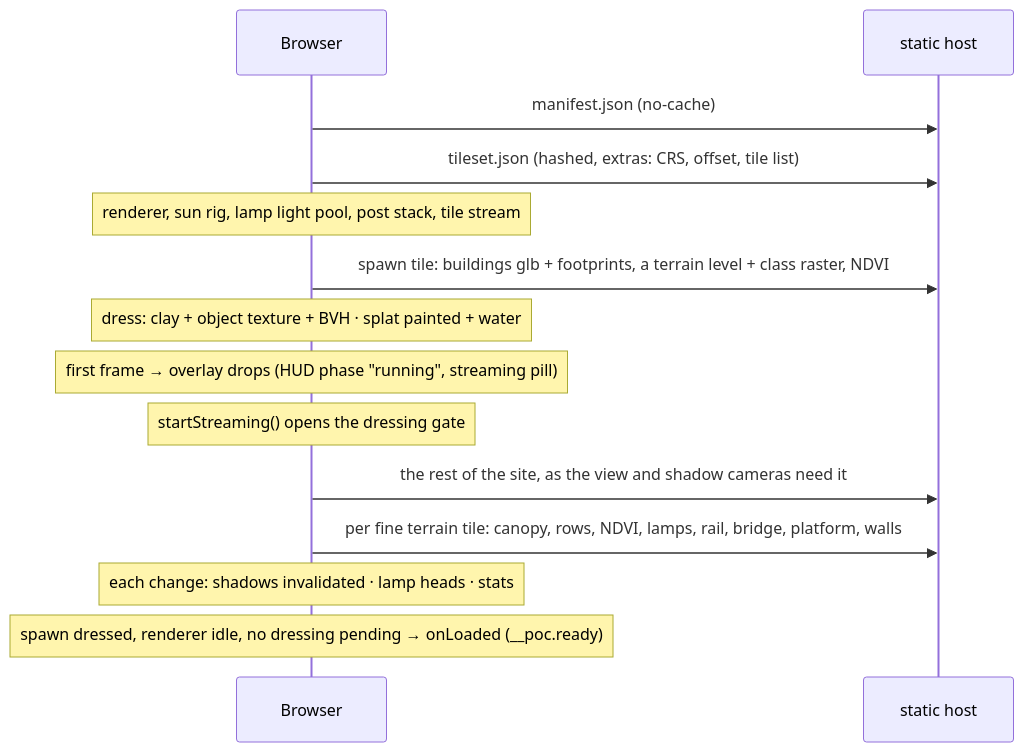
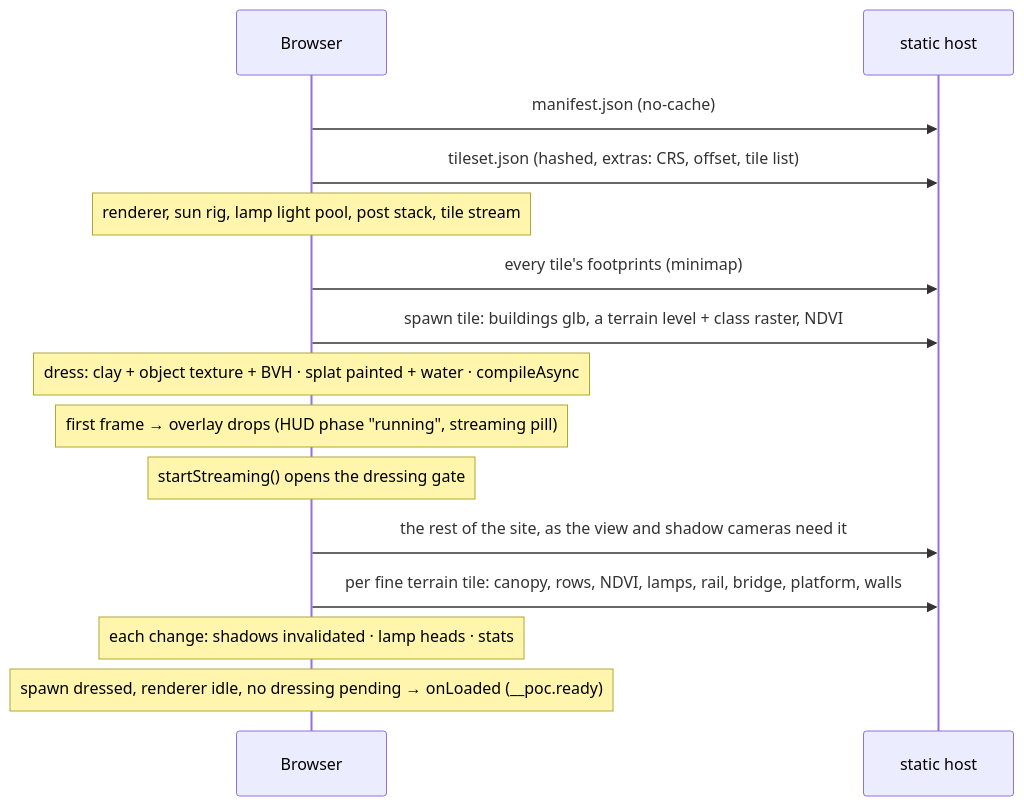
One commit to mdugue/bridge changed the second of 2 diagrams in docs/rendering.md. Above: the diagram before and after it, drawn with Mermaid. The commit also changed other lines of this file and 5 other files, not shown here.

````diff
--- a/docs/rendering.md
+++ b/docs/rendering.md
@@ -210,16 +210,17 @@
 ```mermaid
 sequenceDiagram
   participant B as Browser
   participant S as static host
   B->>S: manifest.json (no-cache)
   B->>S: tileset.json (hashed, extras: CRS, offset, tile list)
   Note over B: renderer, sun rig, lamp light pool, post stack, tile stream
-  B->>S: spawn tile: buildings glb + footprints, a terrain level + class raster, NDVI
-  Note over B: dress: clay + object texture + BVH · splat painted + water
+  B->>S: every tile's footprints (minimap)
+  B->>S: spawn tile: buildings glb, a terrain level + class raster, NDVI
+  Note over B: dress: clay + object texture + BVH · splat painted + water · compileAsync
   Note over B: first frame → overlay drops (HUD phase "running", streaming pill)
   Note over B: startStreaming() opens the dressing gate
   B->>S: the rest of the site, as the view and shadow cameras need it
   B->>S: per fine terrain tile: canopy, rows, NDVI, lamps, rail, bridge, platform, walls
   Note over B: each change: shadows invalidated · lamp heads · stats
   Note over B: spawn dressed, renderer idle, no dressing pending → onLoaded (__poc.ready)
 ```
````
